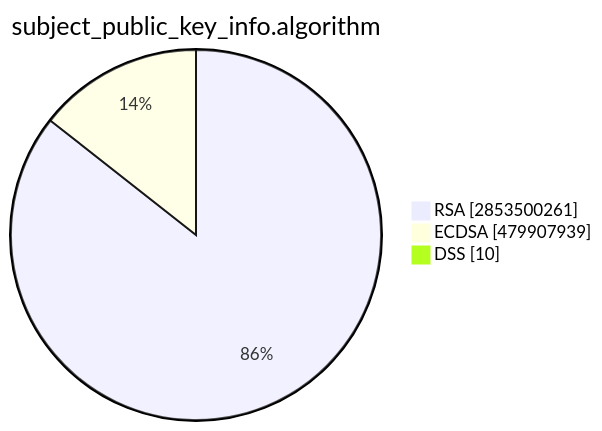
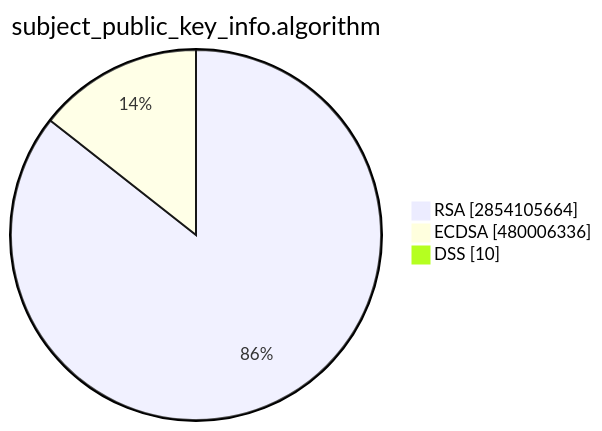
One commit to christiankrug/ctmonitor_visualization changed the second of 15 diagrams in TOTAL/README.md. Above: the diagram before and after it, drawn with Mermaid. The commit also changed other lines of this file, not shown here.

````diff
--- a/TOTAL/README.md
+++ b/TOTAL/README.md
@@ -6,7 +6,7 @@
 ```mermaid
 pie showData
 title subject_public_key_info.algorithm
-"RSA" :2853500261
-"ECDSA" :479907939
+"RSA" :2854105664
+"ECDSA" :480006336
 "DSS" :10
 ```
````
